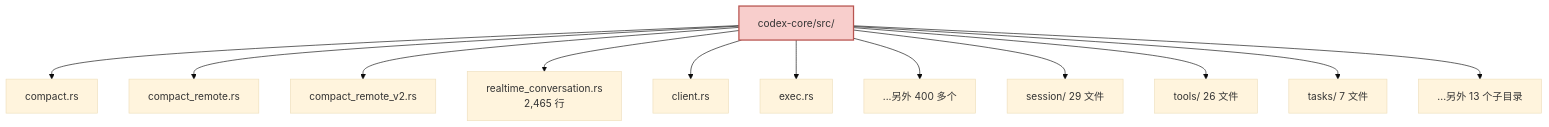
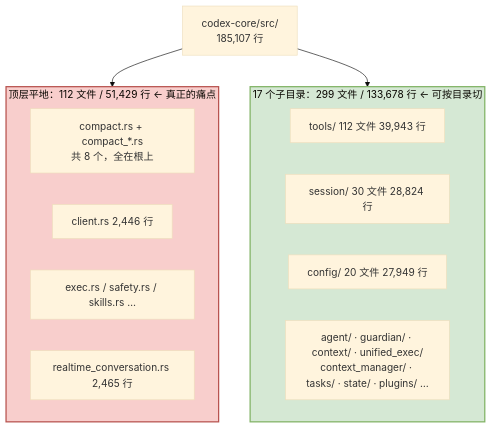
One commit to zibuyu2015831/codex changed the seventh of 9 diagrams in dev_docs/learn/22-load-bearing-and-cuts.md. Above: the diagram before and after it, drawn with Mermaid (base theme). The commit also changed other lines of this file and 15 other files, not shown here.

First line of the commit message:
docs(learn): 深入复核与补全 — 修 1 处承重级错误 + 新增 6 篇（模型客户端/配置/补丁与执行策略/动手/测试/Rust 地图）

````diff
--- a/dev_docs/learn/22-load-bearing-and-cuts.md
+++ b/dev_docs/learn/22-load-bearing-and-cuts.md
@@ -243,17 +259,24 @@
 ```mermaid
 graph TD
-    CORE["codex-core/src/"]
-    CORE --> M1["compact.rs"]
-    CORE --> M2["compact_remote.rs"]
-    CORE --> M3["compact_remote_v2.rs"]
-    CORE --> M4["realtime_conversation.rs<br/>2,465 行"]
-    CORE --> M5["client.rs"]
-    CORE --> M6["exec.rs"]
-    CORE --> M7["...另外 400 多个"]
-    CORE --> D1["session/ 29 文件"]
-    CORE --> D2["tools/ 26 文件"]
-    CORE --> D3["tasks/ 7 文件"]
-    CORE --> D4["...另外 13 个子目录"]
+    CORE["codex-core/src/<br/>185,107 行"]
 
-    style CORE fill:#f8cecc,stroke:#b85450,stroke-width:2px
+    subgraph FLAT["顶层平地：112 文件 / 51,429 行 ← 真正的痛点"]
+      M1["compact.rs + compact_*.rs<br/>共 8 个，全在根上"]
+      M2["client.rs 2,446 行"]
+      M3["exec.rs / safety.rs / skills.rs …"]
+      M4["realtime_conversation.rs 2,465 行"]
+    end
+
+    subgraph DIRS["17 个子目录：299 文件 / 133,678 行 ← 可按目录切"]
+      D1["tools/ 112 文件 39,943 行"]
+      D2["session/ 30 文件 28,824 行"]
+      D3["config/ 20 文件 27,949 行"]
+      D4["agent/ · guardian/ · context/ · unified_exec/<br/>context_manager/ · tasks/ · state/ · plugins/ …"]
+    end
+
+    CORE --> FLAT
+    CORE --> DIRS
+
+    style FLAT fill:#f8cecc,stroke:#b85450,stroke-width:2px
+    style DIRS fill:#d5e8d4,stroke:#82b366,stroke-width:2px
 ```
````
